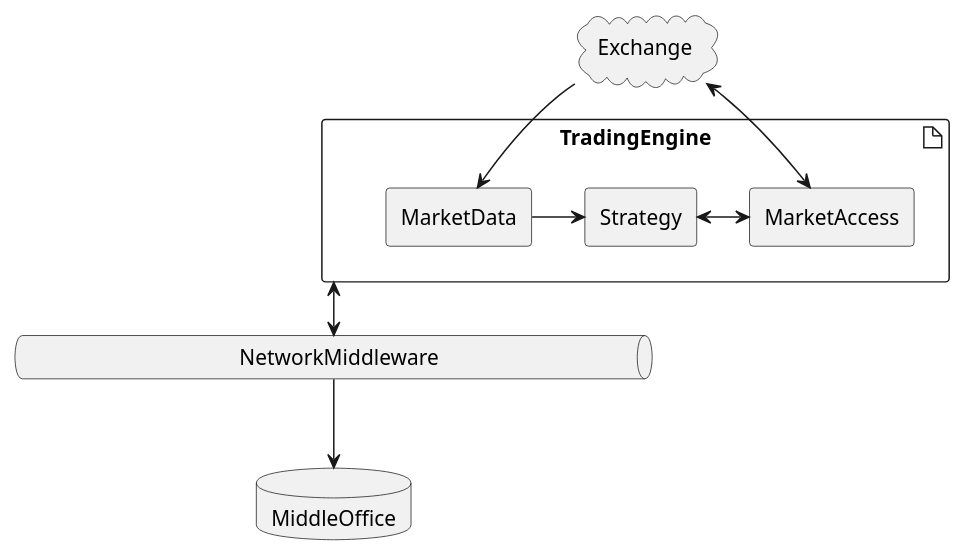
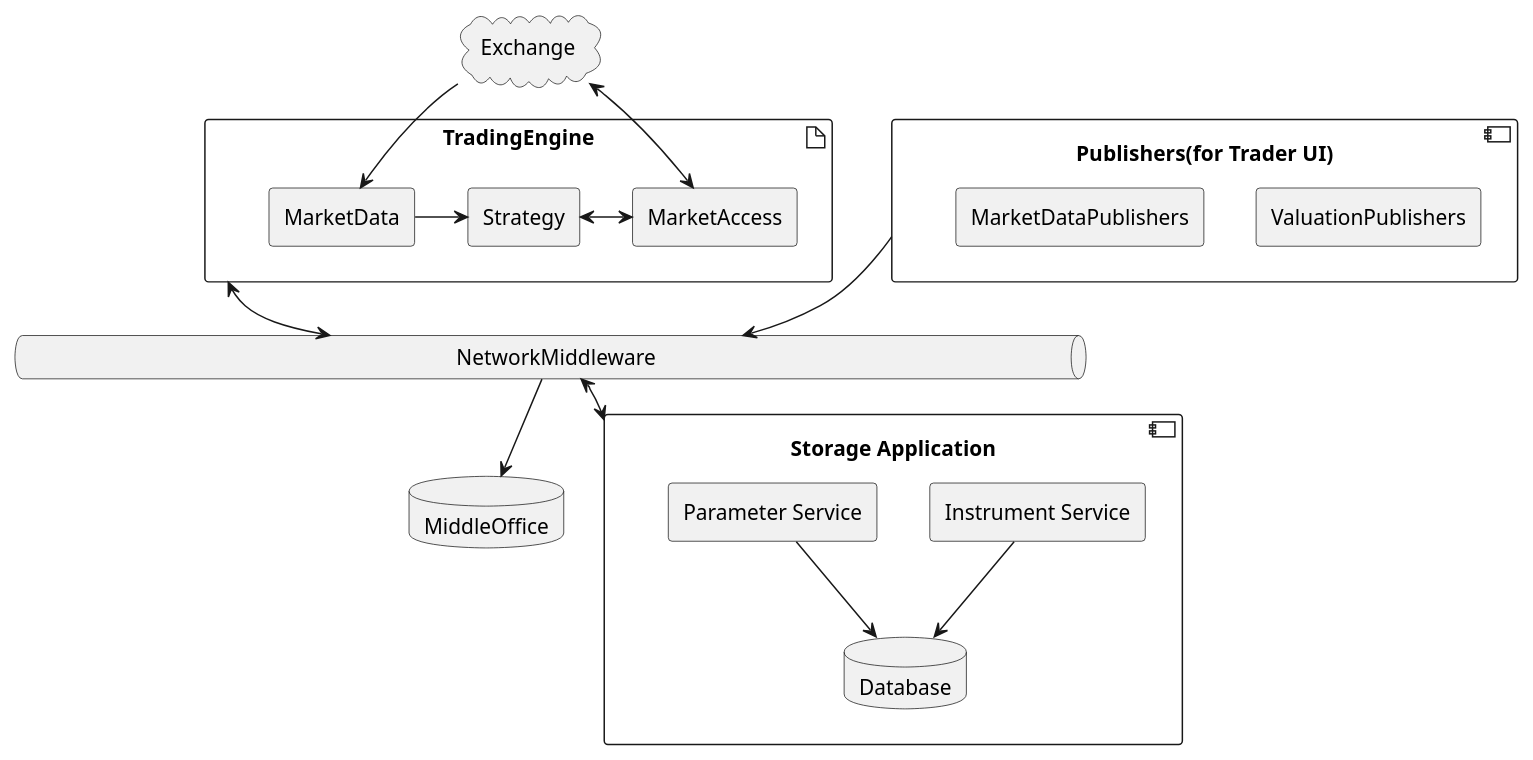
One commit to zhanghaowx/blog-escape changed the diagram in assets/images/posts/2023-02-10-trading-platform-architecture-review/high-level-overview.plantuml. Above: the diagram before and after it, drawn with PlantUML. The commit also changed 2 other files, not shown here.

Commit message:
Update post draft "trading platform architecture review"

```diff
--- a/assets/images/posts/2023-02-10-trading-platform-architecture-review/high-level-overview.plantuml
+++ b/assets/images/posts/2023-02-10-trading-platform-architecture-review/high-level-overview.plantuml
@@ -1,23 +1,39 @@
 @startuml
 
 cloud Exchange
-
-queue "\t\t\t\t\tNetworkMiddleware\t\t\t\t\t" as NetworkMiddleware
 
 artifact TradingEngine {
   rectangle MarketAccess
   rectangle MarketData
   Rectangle Strategy
   
   MarketData -> Strategy
   Strategy <-> MarketAccess
   MarketAccess <-u-> Exchange
   MarketData <- Exchange
 }
 
+component "Publishers(for Trader UI)" as Publishers {
+  rectangle ValuationPublishers
+  rectangle MarketDataPublishers
+}
+
+queue "\t\t\t\t\t\t\t\t\t\tNetworkMiddleware\t\t\t\t\t\t\t\t\t\t" as NetworkMiddleware
+
+component "Storage Application" as Database {
+  rectangle "Instrument Service" as InstrumentService
+  rectangle "Parameter Service" as ParameterService
+  database "Database" as DB
+  
+  InstrumentService -d-> DB
+  ParameterService -d-> DB
+}
+
 database MiddleOffice
 
+Publishers -d-> NetworkMiddleware
 TradingEngine <-d-> NetworkMiddleware
 NetworkMiddleware -d-> MiddleOffice
+NetworkMiddleware <-d-> Database
 
 @enduml
```
